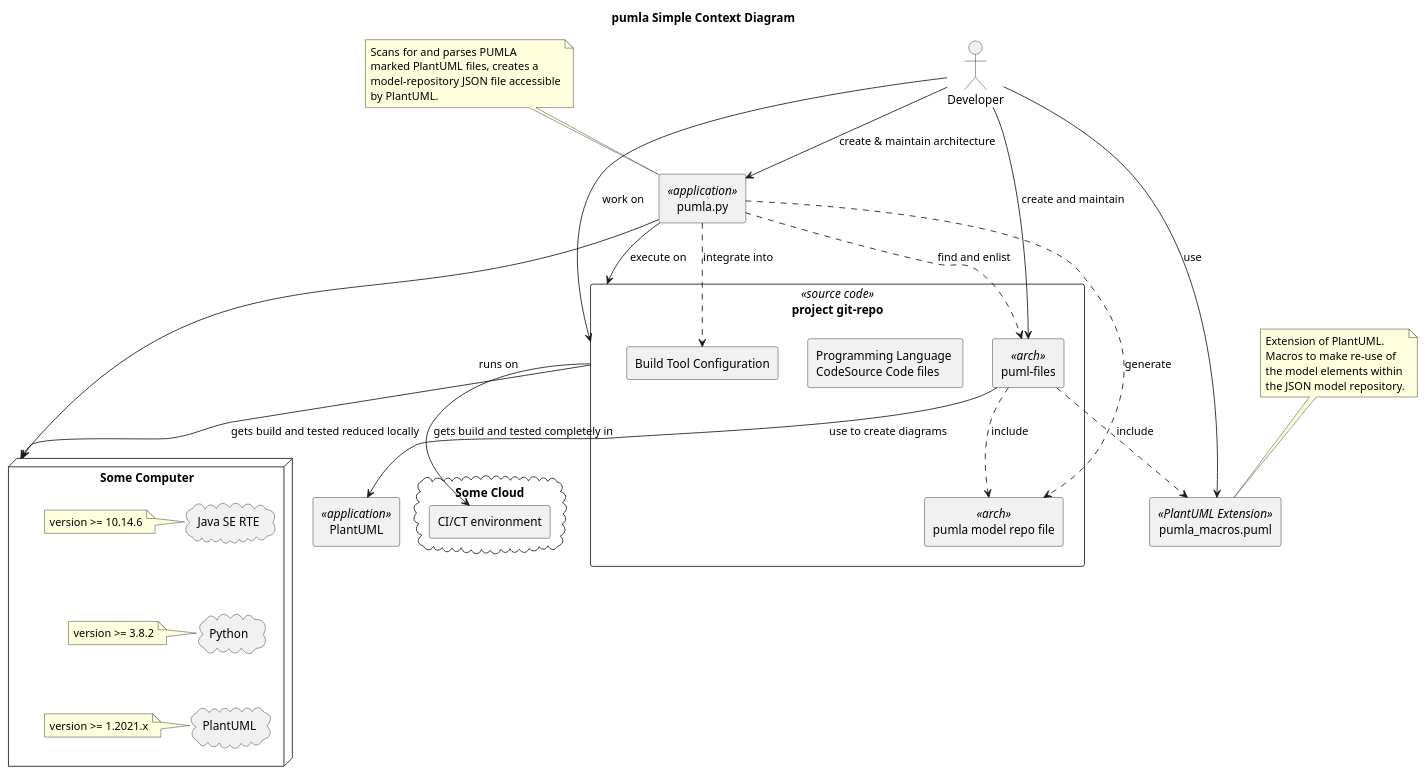
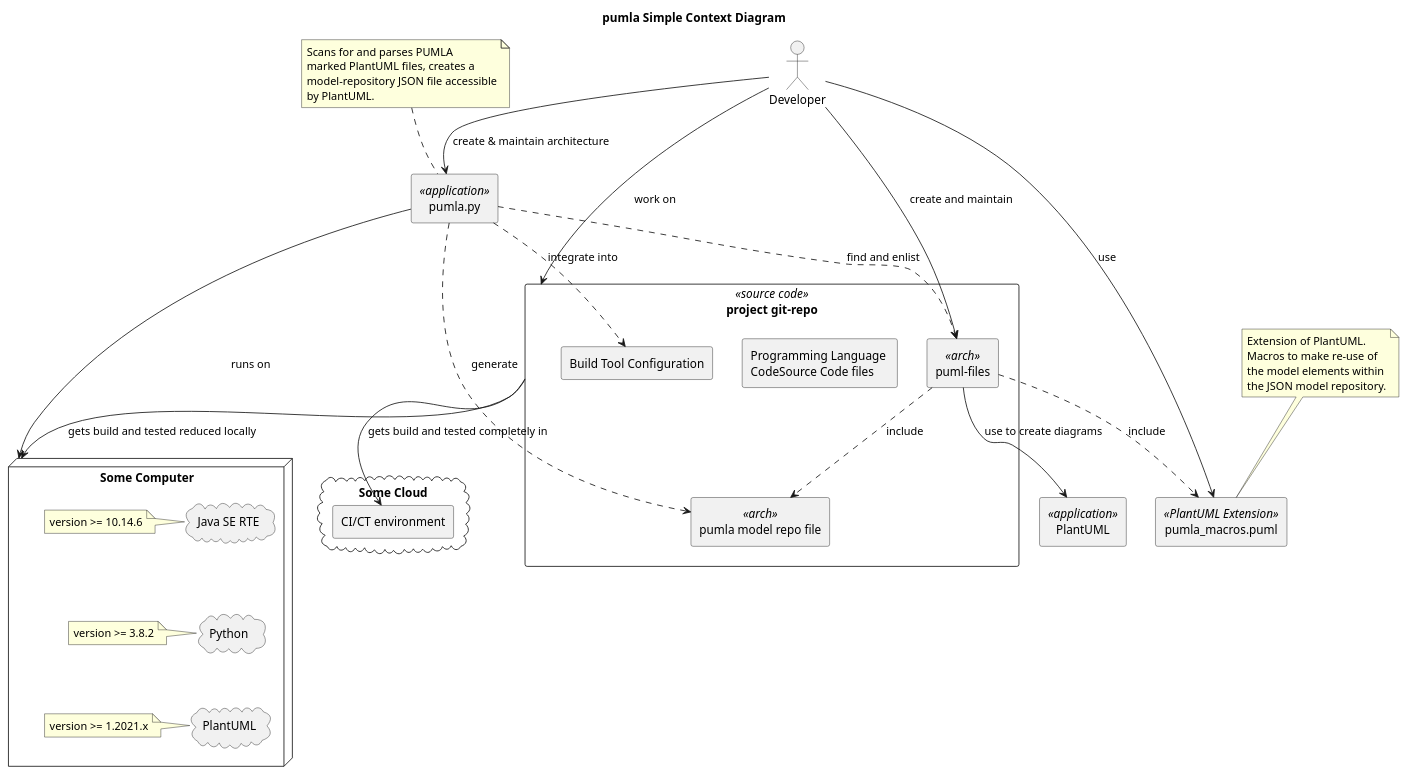
One commit to DrMarkusVoss/pumla changed the diagram in arch/01_context/pumla_context.puml. Above: the diagram before and after it, drawn with PlantUML. The commit also changed 1 other file, not shown here.

Commit message:
small update of arch/context diagram.

```diff
--- a/arch/01_context/pumla_context.puml
+++ b/arch/01_context/pumla_context.puml
@@ -1,86 +1,85 @@
 @startuml
 
 skinparam componentStyle uml2
 
 title pumla Simple Context Diagram
 
 
 :Developer: as dev
 
 
 rectangle "pumla.py" <<application>> as pumla {
 }
 
 rectangle "pumla_macros.puml" <<PlantUML Extension>> as pmac {
 }
 
 rectangle "PlantUML" <<application>> as plantuml {
 }
 
 note top of pmac
     Extension of PlantUML.
     Macros to make re-use of
     the model elements within
     the JSON model repository.
 end note
 
 rectangle "project git-repo" <<source code>> as pgr {
 rectangle "puml-files" <<arch>>  as pumlf {
 }
 rectangle "pumla model repo file" <<arch>> as pumlamr {
 }
 
 rectangle "Programming Language \nCodeSource Code files" {
 }
 rectangle "Build Tool Configuration" as btc {
 }
 }
 
 note top of pumla
     Scans for and parses PUMLA
     marked PlantUML files, creates a
     model-repository JSON file accessible
     by PlantUML.
 end note
 
 
 node "Some Computer" as sco {
 cloud "Java SE RTE" as Java {
 }
  note left of Java : version >= 10.14.6
 
 cloud Python {
  }
  note left of Python: version >= 3.8.2
 
 cloud PlantUML as puml {
 
  }
  note left of puml: version >= 1.2021.x
 
 }
 
 cloud "Some Cloud" as cloud {
  rectangle "CI/CT environment" as cict {
  }
 }
 
 Java -[hidden]-> Python
 Python -[hidden]-> puml
 
-pumla -down-> sco: runs on
+pumla --> sco: runs on
 
 dev-->pumla: create & maintain architecture
 dev-->pgr: work on
-pumla --> pgr: execute on
 pumla ..> btc: integrate into
 pumla ..> pumlamr: generate
 pumla ..> pumlf: find and enlist
 pumlf ..> pumlamr: include
 pumlf ..> pmac : include
 dev --> pmac : use
 dev --> pumlf : create and maintain
 pgr --> cict : gets build and tested completely in
 pgr --> sco : gets build and tested reduced locally
 pumlf --> plantuml: use to create diagrams
 @enduml
```
